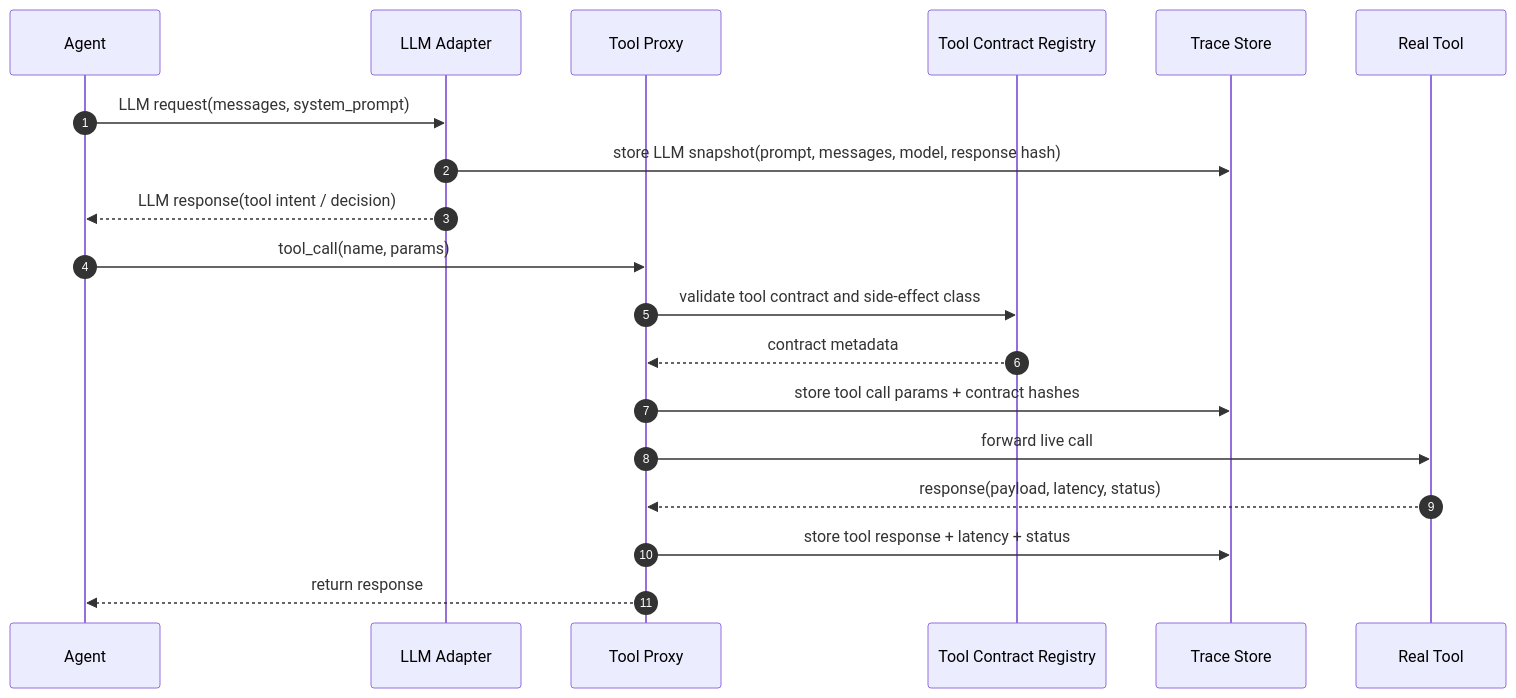
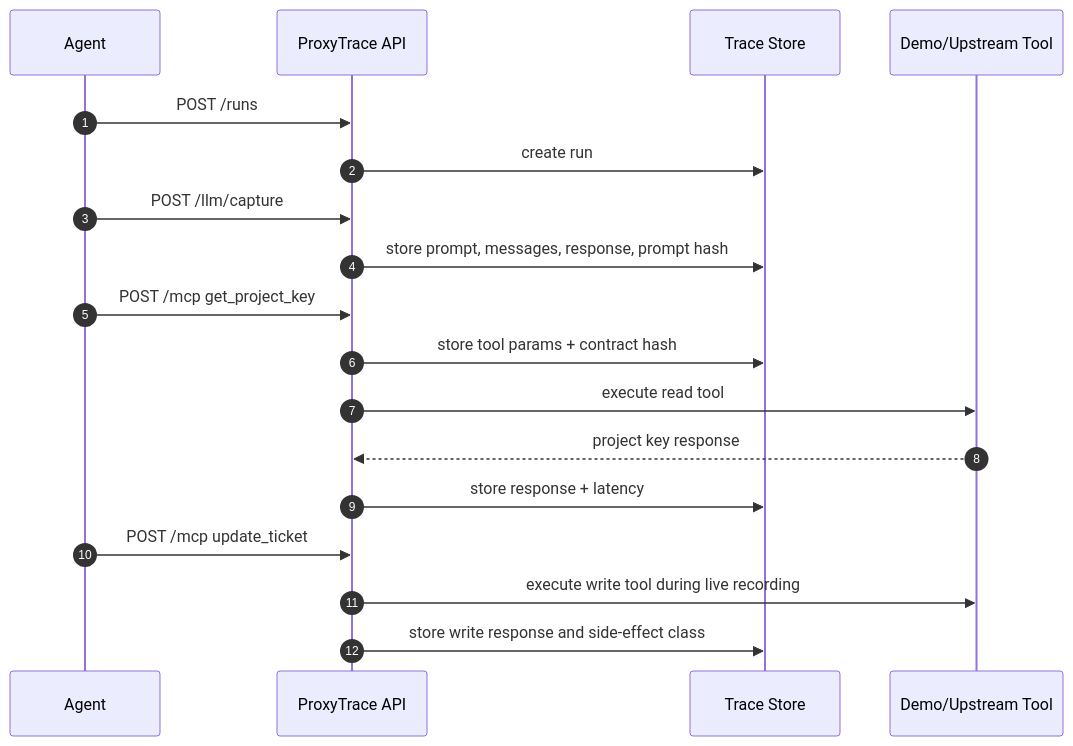
The second of 3 diagrams in README.md (defi12748/ProxyTrace), drawn with Mermaid before and after one commit. The commit also changed other lines of this file and 40 other files, not shown here.

Commit message:
Build ProxyTrace phase 1 foundation

````diff
--- a/README.md
+++ b/README.md
@@ -90,25 +75,21 @@
 ```mermaid
 sequenceDiagram
     autonumber
     participant Agent
-    participant LLM as LLM Adapter
-    participant Proxy as Tool Proxy
-    participant Registry as Tool Contract Registry
+    participant API as ProxyTrace API
     participant Store as Trace Store
-    participant Tool as Real Tool
+    participant Tool as Demo/Upstream Tool
 
-    Agent->>LLM: LLM request(messages, system_prompt)
-    LLM->>Store: store LLM snapshot(prompt, messages, model, response hash)
-    LLM-->>Agent: LLM response(tool intent / decision)
-
-    Agent->>Proxy: tool_call(name, params)
-    Proxy->>Registry: validate tool contract and side-effect class
-    Registry-->>Proxy: contract metadata
-    Proxy->>Store: store tool call params + contract hashes
-
-    Proxy->>Tool: forward live call
-    Tool-->>Proxy: response(payload, latency, status)
-
-    Proxy->>Store: store tool response + latency + status
-    Proxy-->>Agent: return response
+    Agent->>API: POST /runs
+    API->>Store: create run
+    Agent->>API: POST /llm/capture
+    API->>Store: store prompt, messages, response, prompt hash
+    Agent->>API: POST /mcp get_project_key
+    API->>Store: store tool params + contract hash
+    API->>Tool: execute read tool
+    Tool-->>API: project key response
+    API->>Store: store response + latency
+    Agent->>API: POST /mcp update_ticket
+    API->>Tool: execute write tool during live recording
+    API->>Store: store write response and side-effect class
 ```
````
